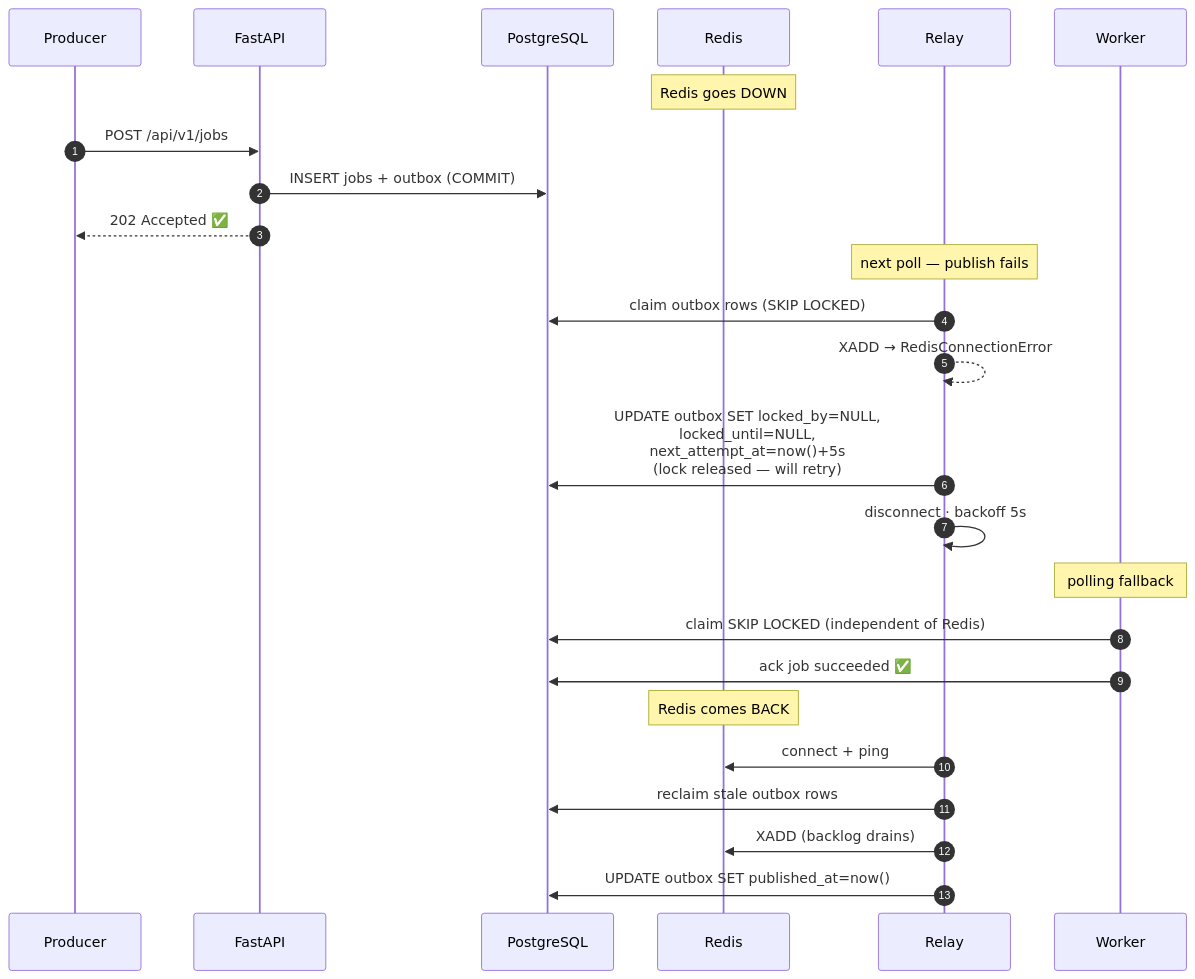
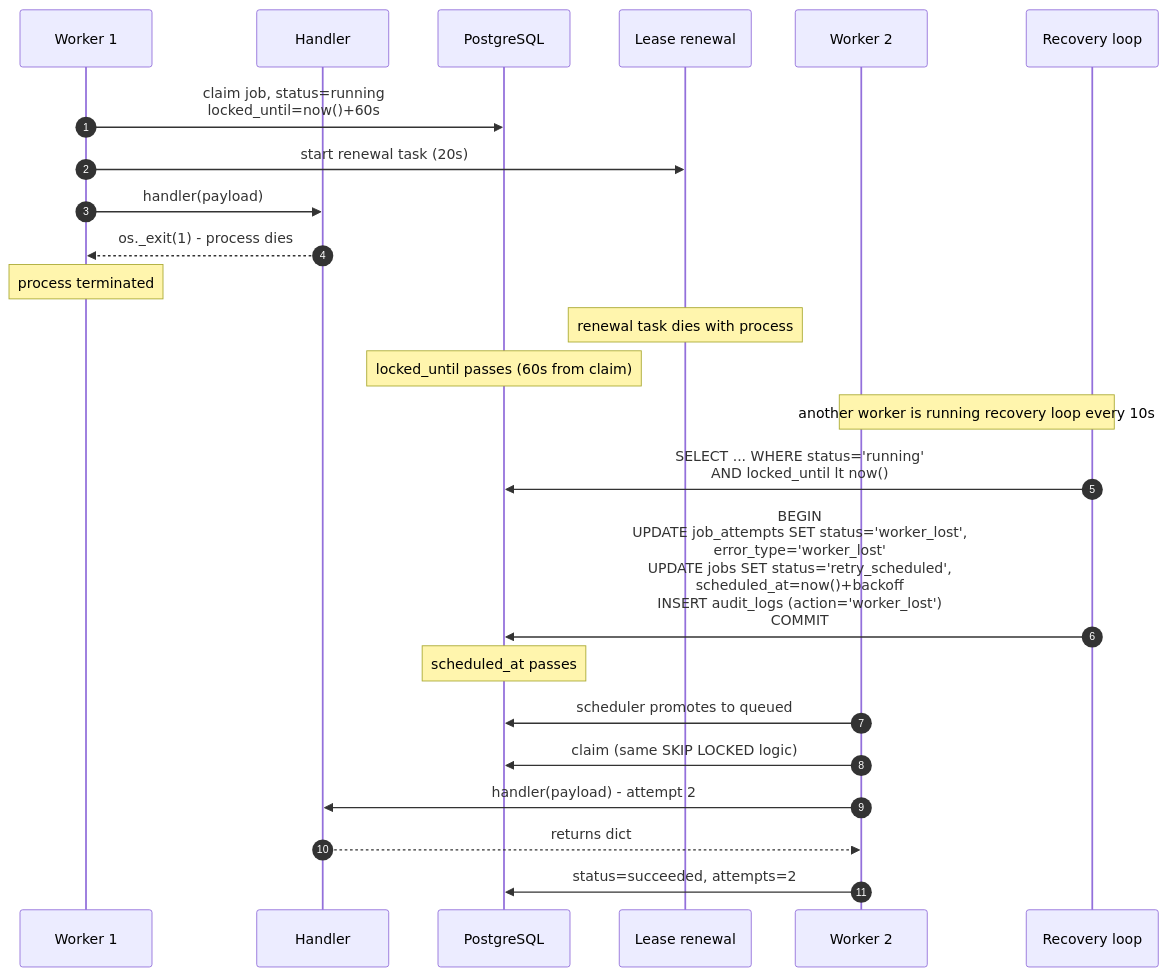
Before and after one commit to Olufemooshegs/taskforge: the fifth of 5 diagrams in README.md, drawn with Mermaid. The commit also changed other lines of this file, not shown here.

````diff
--- a/README.md
+++ b/README.md
@@ -283,33 +430,29 @@
 ```mermaid
 sequenceDiagram
     autonumber
-    participant P as Producer
-    participant A as FastAPI
+    participant W1 as Worker 1
+    participant H as Handler
     participant DB as PostgreSQL
-    participant Rd as Redis
-    participant R as Relay
-    participant W as Worker
+    participant L as Lease renewal
+    participant W2 as Worker 2
+    participant Reap as Recovery loop
 
-    Note over Rd: Redis goes DOWN
+    W1->>DB: claim job, status=running<br/>locked_until=now()+60s
+    W1->>L: start renewal task (20s)
+    W1->>H: handler(payload)
+    H-->>W1: os._exit(1) - process dies
+    Note over W1: process terminated
+    Note over L: renewal task dies with process
 
-    P->>A: POST /api/v1/jobs
-    A->>DB: INSERT jobs + outbox (COMMIT)
-    A-->>P: 202 Accepted ✅
+    Note over DB: locked_until passes (60s from claim)
+    Note over W2,Reap: another worker is running recovery loop every 10s
+    Reap->>DB: SELECT ... WHERE status='running'<br/>AND locked_until lt now()
+    Reap->>DB: BEGIN<br/>UPDATE job_attempts SET status='worker_lost',<br/>error_type='worker_lost'<br/>UPDATE jobs SET status='retry_scheduled',<br/>scheduled_at=now()+backoff<br/>INSERT audit_logs (action='worker_lost')<br/>COMMIT
 
-    Note over R: next poll — publish fails
-    R->>DB: claim outbox rows (SKIP LOCKED)
-    R-->>R: XADD → RedisConnectionError
-    R->>DB: UPDATE outbox SET locked_by=NULL,<br/>locked_until=NULL,<br/>next_attempt_at=now()+5s<br/>(lock released — will retry)
-    R->>R: disconnect · backoff 5s
-
-    Note over W: polling fallback
-    W->>DB: claim SKIP LOCKED (independent of Redis)
-    W->>DB: ack job succeeded ✅
-
-    Note over Rd: Redis comes BACK
-
-    R->>Rd: connect + ping
-    R->>DB: reclaim stale outbox rows
-    R->>Rd: XADD (backlog drains)
-    R->>DB: UPDATE outbox SET published_at=now()
+    Note over DB: scheduled_at passes
+    W2->>DB: scheduler promotes to queued
+    W2->>DB: claim (same SKIP LOCKED logic)
+    W2->>H: handler(payload) - attempt 2
+    H-->>W2: returns dict
+    W2->>DB: status=succeeded, attempts=2
 ```
````
